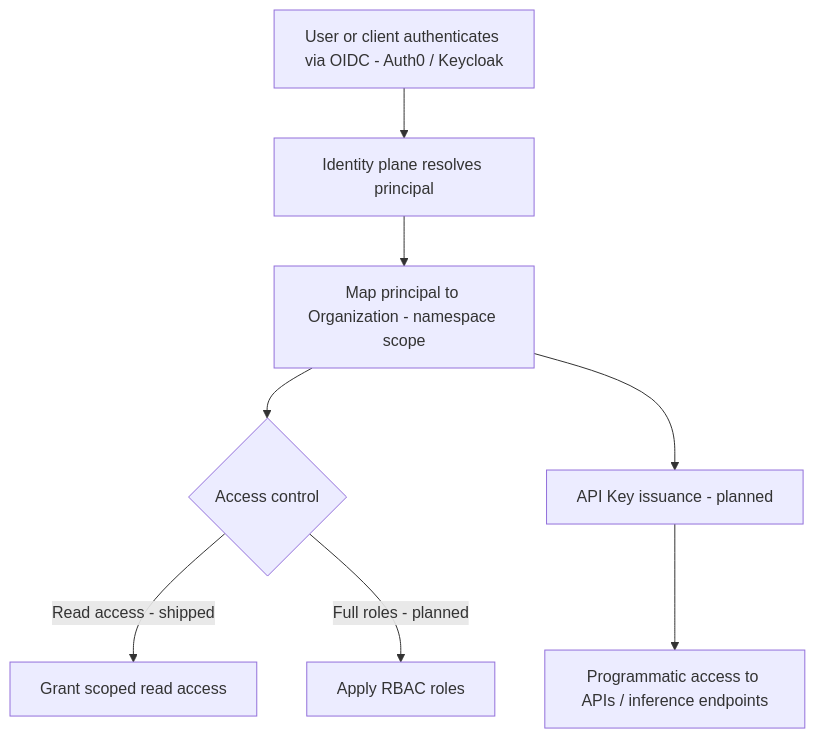
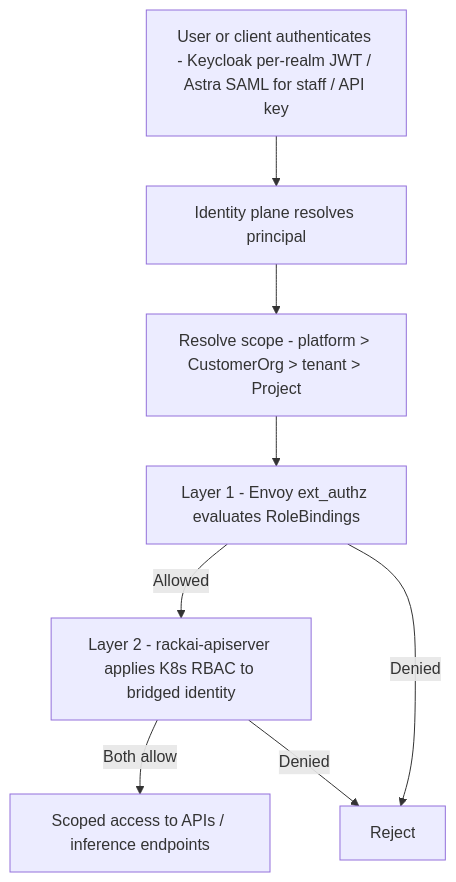
One commit to eak-mentraAI/rxt_rackai_wiki changed the diagram in 02-operations/workflows/Identity & Access Control.md. Above: the diagram before and after it, drawn with Mermaid. The commit also changed other lines of this file and 46 other files, not shown here.

First line of the commit message:
Add tech-spec standard, PRD v2, roadmap PRD links, and approved PRD A

````diff
--- a/02-operations/workflows/Identity & Access Control.md
+++ b/02-operations/workflows/Identity & Access Control.md
@@ -28,10 +28,10 @@
 ```mermaid
 flowchart TD
-    A[User or client authenticates via OIDC - Auth0 / Keycloak] --> B[Identity plane resolves principal]
-    B --> C[Map principal to Organization - namespace scope]
-    C --> D{Access control}
-    D -->|Read access - shipped| E[Grant scoped read access]
-    D -->|Full roles - planned| F[Apply RBAC roles]
-    C --> G[API Key issuance - planned]
-    G --> H[Programmatic access to APIs / inference endpoints]
+    A[User or client authenticates - Keycloak per-realm JWT / Astra SAML for staff / API key] --> B[Identity plane resolves principal]
+    B --> C[Resolve scope - platform > CustomerOrg > tenant > Project]
+    C --> D[Layer 1 - Envoy ext_authz evaluates RoleBindings]
+    D -->|Allowed| E[Layer 2 - rackai-apiserver applies K8s RBAC to bridged identity]
+    E -->|Both allow| F[Scoped access to APIs / inference endpoints]
+    D -->|Denied| X[Reject]
+    E -->|Denied| X
 ```
````
